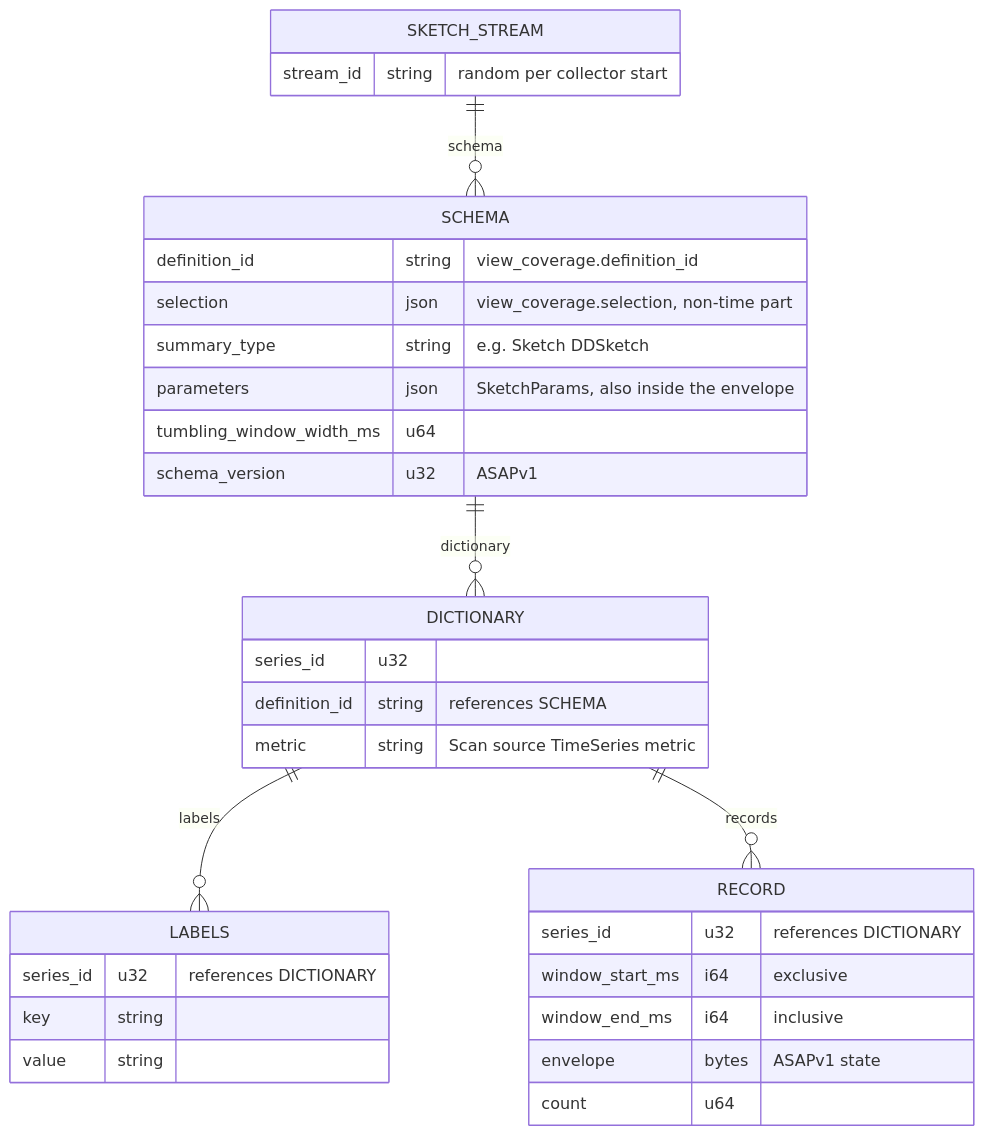
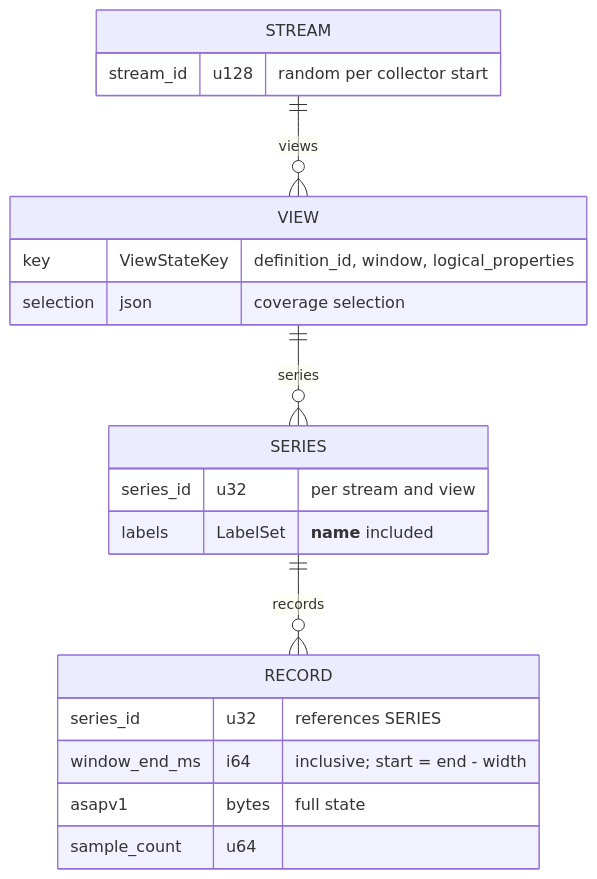
One commit to ProjectASAP/ASAPQuery-backend changed the diagram in docs/design/collector-sketch-ingest.md. Above: the diagram before and after it, drawn with Mermaid. The commit also changed other lines of this file, not shown here.

First line of the commit message:
docs(design): key pushed states by the planner's view state key

````diff
--- a/docs/design/collector-sketch-ingest.md
+++ b/docs/design/collector-sketch-ingest.md
@@ -291,35 +275,23 @@
 ```mermaid
 erDiagram
-    SKETCH_STREAM ||--o{ SCHEMA : schema
-    SCHEMA ||--o{ DICTIONARY : dictionary
-    DICTIONARY ||--o{ LABELS : labels
-    DICTIONARY ||--o{ RECORD : records
-    SKETCH_STREAM{
-        stream_id string "random per collector start"
+    STREAM ||--o{ VIEW : views
+    VIEW ||--o{ SERIES : series
+    SERIES ||--o{ RECORD : records
+    STREAM{
+        stream_id u128 "random per collector start"
     }
-    SCHEMA{
-        definition_id string "view_coverage.definition_id"
-        selection json "view_coverage.selection, non-time part"
-        summary_type string "e.g. Sketch DDSketch"
-        parameters json "SketchParams, also inside the envelope"
-        tumbling_window_width_ms u64
-        schema_version u32 "ASAPv1"
+    VIEW{
+        key ViewStateKey "definition_id, window, logical_properties"
+        selection json "coverage selection"
     }
-    DICTIONARY{
-        series_id u32
-        definition_id string "references SCHEMA"
-        metric string "Scan source TimeSeries metric"
-    }
-    LABELS{
-        series_id u32 "references DICTIONARY"
-        key string
-        value string
+    SERIES{
+        series_id u32 "per stream and view"
+        labels LabelSet "__name__ included"
     }
     RECORD{
-        series_id u32 "references DICTIONARY"
-        window_start_ms i64 "exclusive"
-        window_end_ms i64 "inclusive"
-        envelope bytes "ASAPv1 state"
-        count u64
+        series_id u32 "references SERIES"
+        window_end_ms i64 "inclusive; start = end - width"
+        asapv1 bytes "full state"
+        sample_count u64
     }
 ```
````
